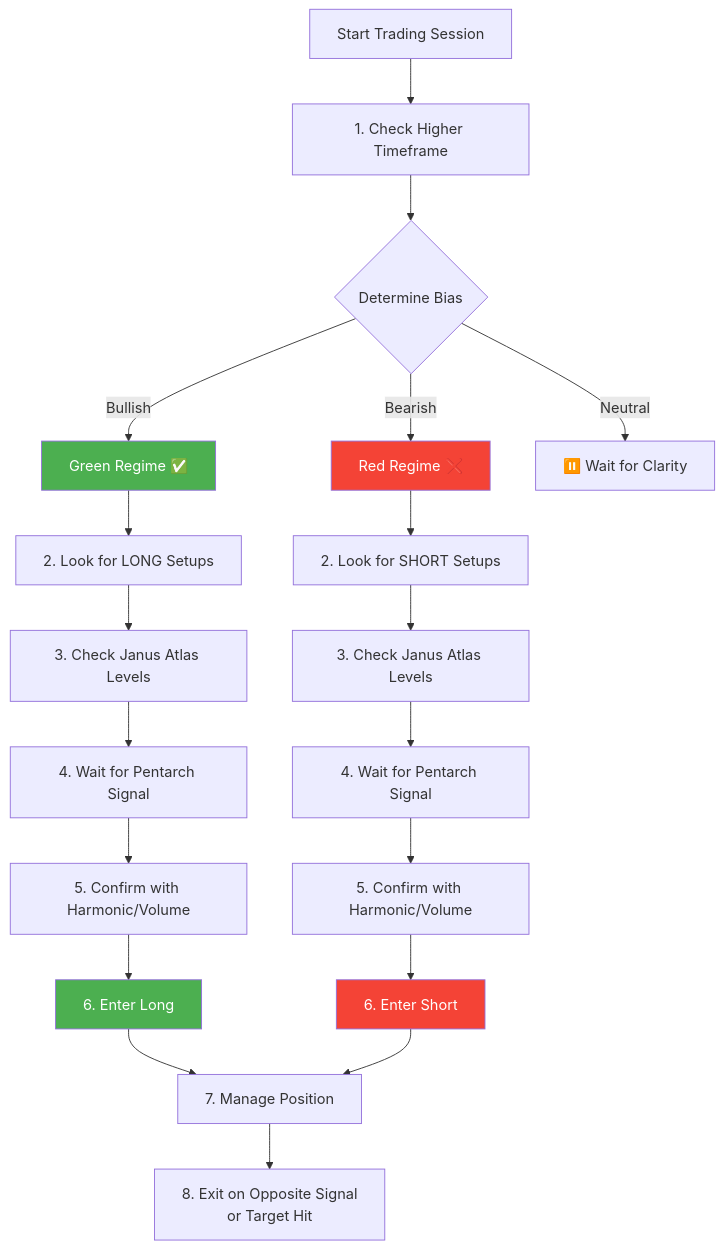
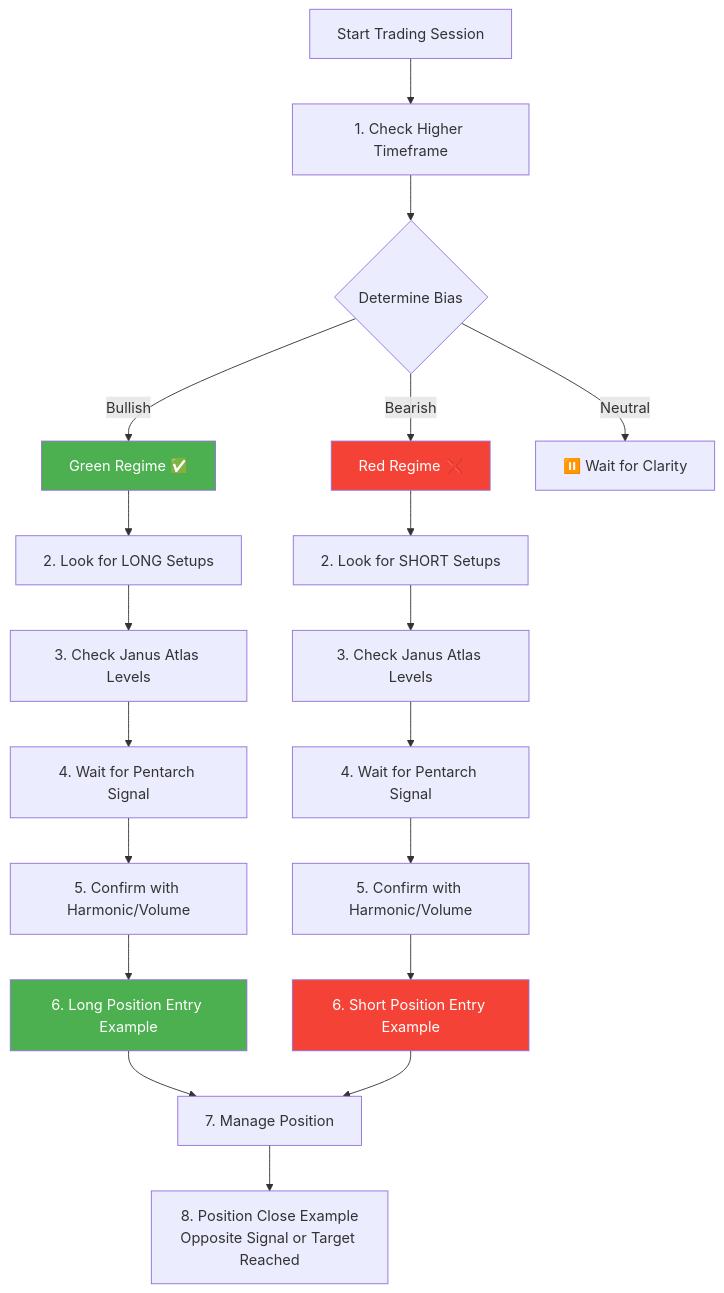
Before and after one commit to Signalpilot/signalpilot-docs: the sixth of 12 diagrams in MERMAID_DIAGRAMS.md, drawn with Mermaid. The commit also changed 13 other files, not shown here.

````diff
--- a/MERMAID_DIAGRAMS.md
+++ b/MERMAID_DIAGRAMS.md
@@ -196,34 +196,34 @@
 ```mermaid
 graph TD
     Start[Start Trading Session] --> HTF[1. Check Higher Timeframe]
 
     HTF --> Bias{Determine Bias}
     Bias -->|Bullish| Green[Green Regime ✅]
     Bias -->|Bearish| Red[Red Regime ❌]
     Bias -->|Neutral| Wait[⏸️ Wait for Clarity]
 
     Green --> LookLong[2. Look for LONG Setups]
     Red --> LookShort[2. Look for SHORT Setups]
 
     LookLong --> Levels1[3. Check Janus Atlas Levels]
     LookShort --> Levels2[3. Check Janus Atlas Levels]
 
     Levels1 --> Signal1[4. Wait for Pentarch Signal]
     Levels2 --> Signal2[4. Wait for Pentarch Signal]
 
     Signal1 --> Confirm1[5. Confirm with Harmonic/Volume]
     Signal2 --> Confirm2[5. Confirm with Harmonic/Volume]
 
-    Confirm1 --> Entry1[6. Enter Long]
-    Confirm2 --> Entry2[6. Enter Short]
+    Confirm1 --> Entry1[6. Long Position Entry Example]
+    Confirm2 --> Entry2[6. Short Position Entry Example]
 
     Entry1 --> Manage[7. Manage Position]
     Entry2 --> Manage
 
-    Manage --> Exit[8. Exit on Opposite Signal<br/>or Target Hit]
+    Manage --> Exit[8. Position Close Example<br/>Opposite Signal or Target Reached]
 
     style Green fill:#4caf50,color:#fff
     style Red fill:#f44336,color:#fff
     style Entry1 fill:#4caf50,color:#fff
     style Entry2 fill:#f44336,color:#fff
 ```
````
